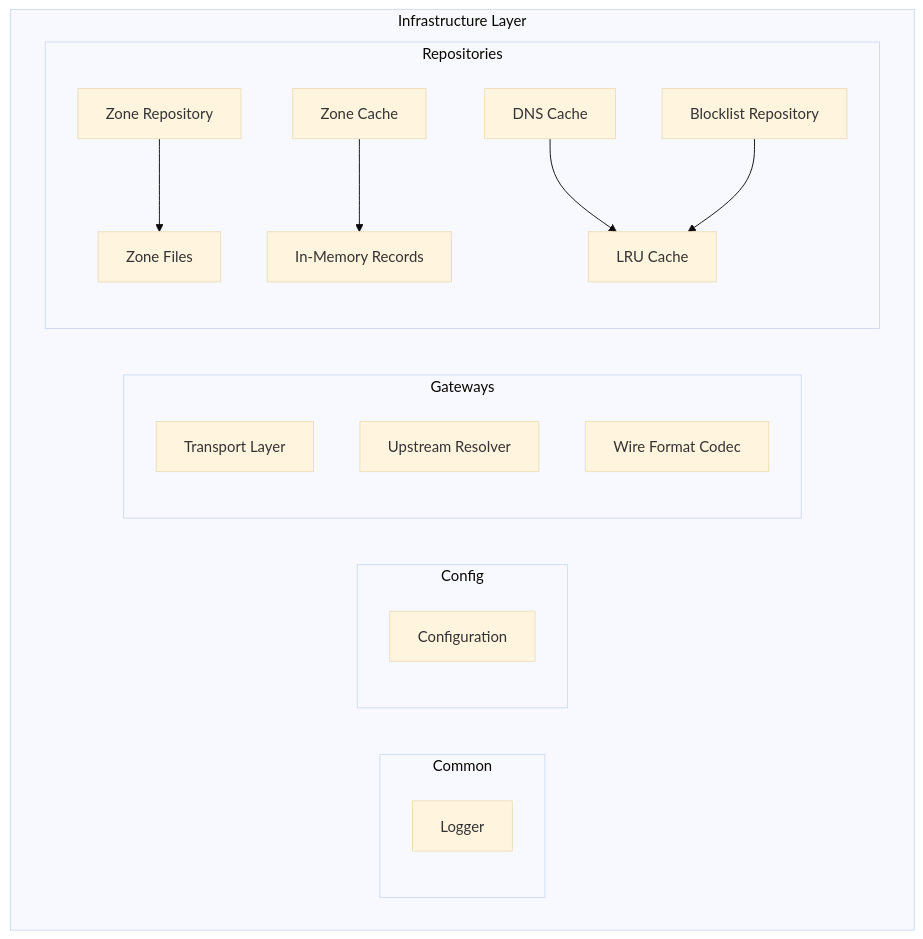
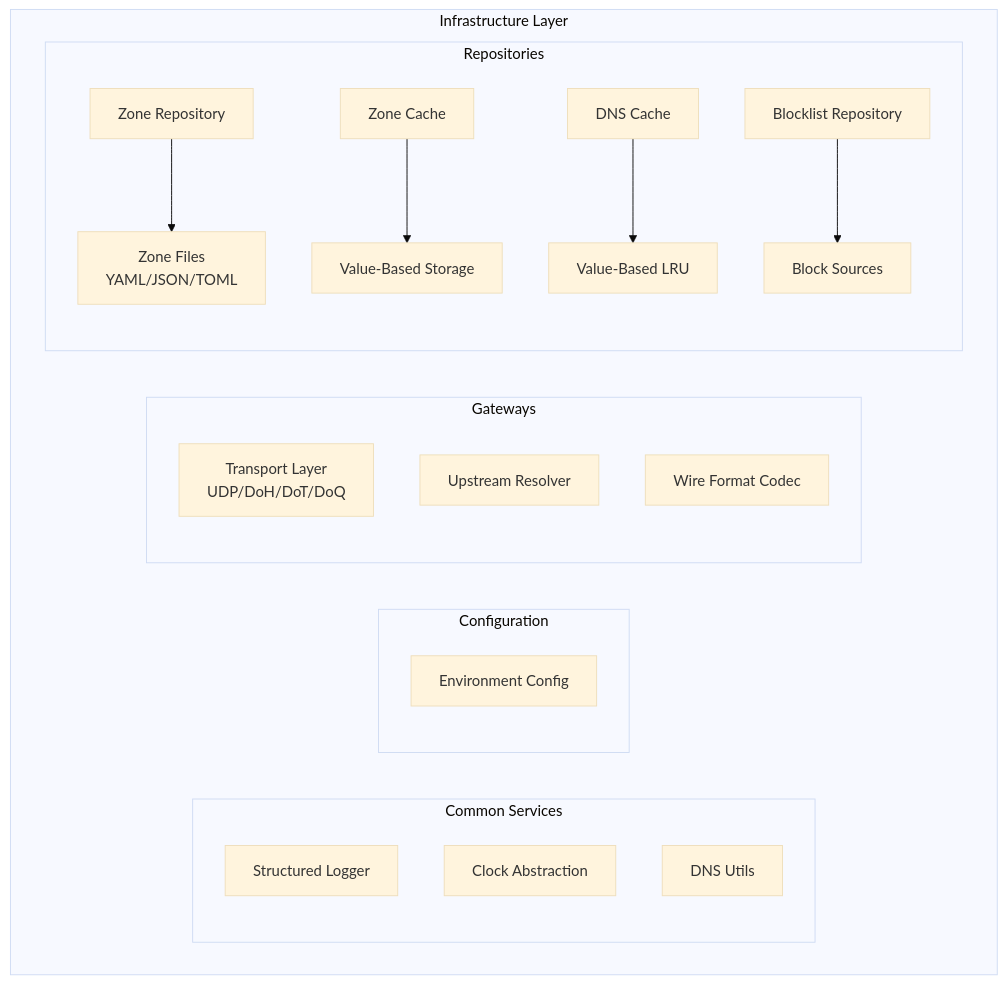
The sixth of 9 diagrams in docs/arc42.md (haukened/rr-dns), drawn with Mermaid (base theme) before and after one commit. The commit also changed other lines of this file and 8 other files, not shown here.

````diff
--- a/docs/arc42.md
+++ b/docs/arc42.md
@@ -234,29 +262,31 @@
 ```mermaid
 graph TD
     subgraph "Infrastructure Layer"
-        subgraph "Common"
+        subgraph "Common Services"
             direction TB
-            Logger[Logger]
+            Logger[Structured Logger]
+            Clock[Clock Abstraction]
+            Utils[DNS Utils]
         end
         
-        subgraph "Config"
+        subgraph "Configuration"
             direction TB
-            configuration[Configuration]
+            Config[Environment Config]
         end
         
         subgraph "Gateways"
             direction TB
-            Transport[Transport Layer]
+            Transport[Transport Layer<br/>UDP/DoH/DoT/DoQ]
             Upstream[Upstream Resolver]  
             Wire[Wire Format Codec]
         end
         
         subgraph "Repositories"
             direction TB
-            ZoneLoader[Zone Repository] --> ZoneFiles[Zone Files]
-            ZoneCache[Zone Cache] --> mem[In-Memory Records]
-            DNSCache[DNS Cache] --> lru[LRU Cache]
-            BlockList[Blocklist Repository] --> lru
+            ZoneLoader[Zone Repository] --> ZoneFiles[Zone Files<br/>YAML/JSON/TOML]
+            ZoneCache[Zone Cache] --> ValueMem[Value-Based Storage]
+            DNSCache[DNS Cache] --> ValueLRU[Value-Based LRU]
+            BlockList[Blocklist Repository] --> BlockDB[Block Sources]
         end
     end
 ```
````
